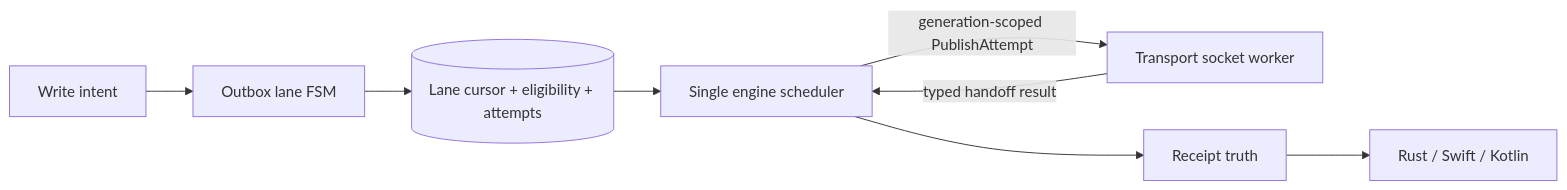
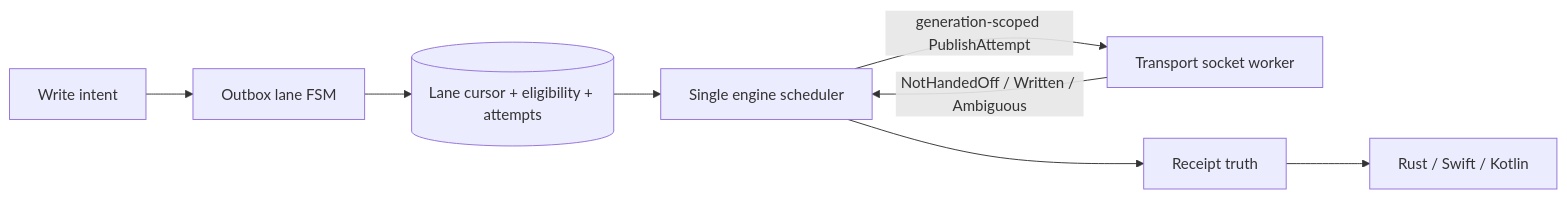
The diagram in docs/plans/durable-retry-policy-79/plan.md (pablof7z/nmp), drawn with Mermaid before and after one commit. The commit also changed other lines of this file, not shown here.

````diff
--- a/docs/plans/durable-retry-policy-79/plan.md
+++ b/docs/plans/durable-retry-policy-79/plan.md
@@ -9,10 +9,10 @@
 ```mermaid
 flowchart LR
   App[Write intent] --> Outbox[Outbox lane FSM]
   Outbox --> Store[(Lane cursor + eligibility + attempts)]
   Store --> Scheduler[Single engine scheduler]
   Scheduler -->|generation-scoped PublishAttempt| Transport[Transport socket worker]
-  Transport -->|typed handoff result| Scheduler
+  Transport -->|NotHandedOff / Written / Ambiguous| Scheduler
   Scheduler --> Receipts[Receipt truth]
   Receipts --> SDKs[Rust / Swift / Kotlin]
 ```
````
